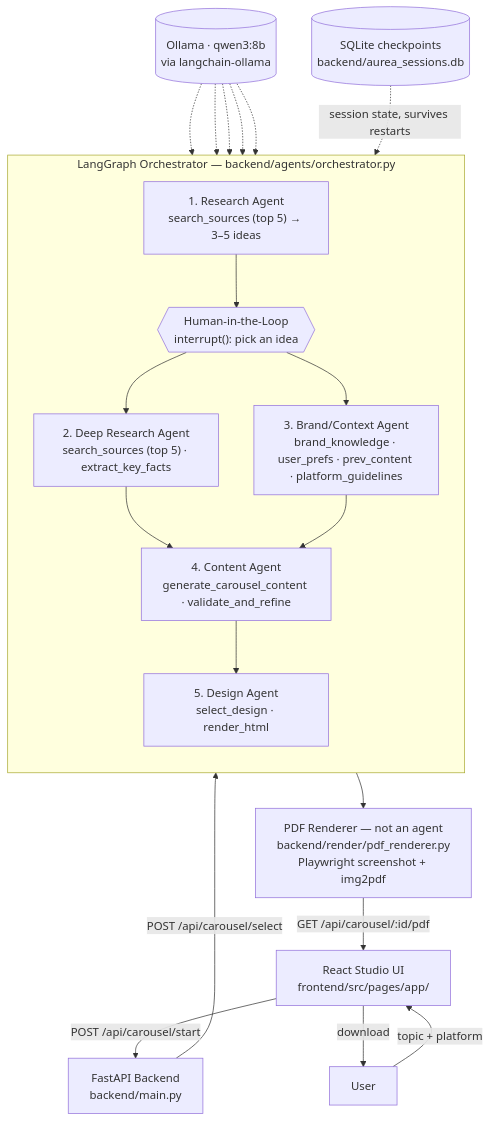
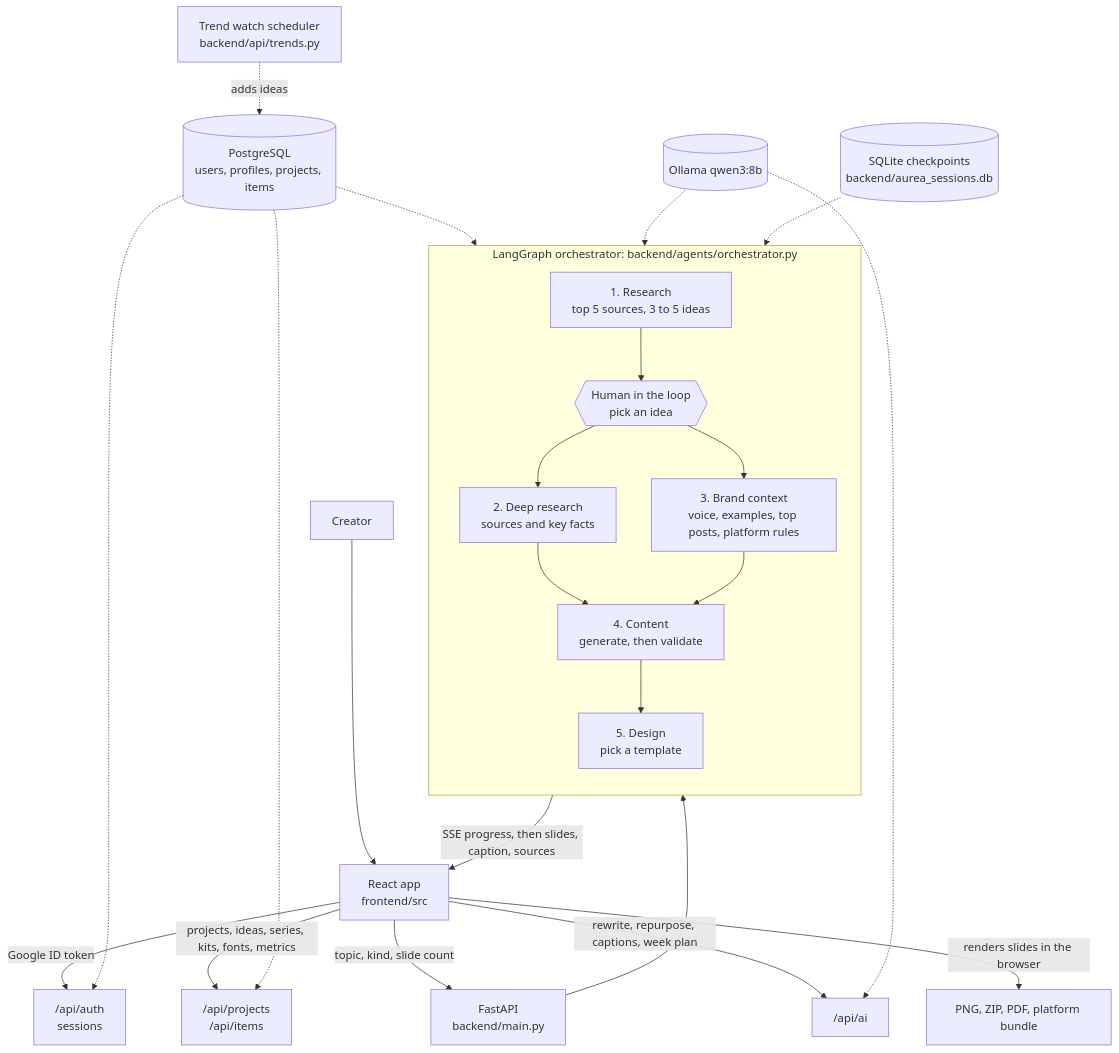
One commit to rithvikkatpelly/MAO changed the diagram in README.md. Above: the diagram before and after it, drawn with Mermaid. The commit also changed other lines of this file, not shown here.

First line of the commit message:
Update README for accounts, Postgres, and the creator toolkit

````diff
--- a/README.md
+++ b/README.md
@@ -34,30 +47,33 @@
 ```mermaid
 flowchart TD
-    U[User] -->|topic + platform| FE[React Studio UI<br/>frontend/src/pages/app/]
-    FE -->|POST /api/carousel/start| API[FastAPI Backend<br/>backend/main.py]
-    API -->|POST /api/carousel/select| ORCH
+    U[Creator] --> FE["React app<br/>frontend/src"]
+    FE -->|Google ID token| AUTH["/api/auth<br/>sessions"]
+    FE -->|topic, kind, slide count| API["FastAPI<br/>backend/main.py"]
+    FE -->|rewrite, repurpose, captions, week plan| AI["/api/ai"]
+    FE -->|projects, ideas, series, kits, fonts, metrics| DATA["/api/projects<br/>/api/items"]
 
-    subgraph ORCH[LangGraph Orchestrator — backend/agents/orchestrator.py]
+    subgraph ORCH["LangGraph orchestrator: backend/agents/orchestrator.py"]
         direction TB
-        R["1. Research Agent<br/>search_sources (top 5) → 3–5 ideas"]
-        H{{"Human-in-the-Loop<br/>interrupt(): pick an idea"}}
-        DR["2. Deep Research Agent<br/>search_sources (top 5) · extract_key_facts"]
-        BR["3. Brand/Context Agent<br/>brand_knowledge · user_prefs · prev_content · platform_guidelines"]
-        C["4. Content Agent<br/>generate_carousel_content · validate_and_refine"]
-        D["5. Design Agent<br/>select_design · render_html"]
-
+        R["1. Research<br/>top 5 sources, 3 to 5 ideas"]
+        H{{"Human in the loop<br/>pick an idea"}}
+        DR["2. Deep research<br/>sources and key facts"]
+        BR["3. Brand context<br/>voice, examples, top posts, platform rules"]
+        C["4. Content<br/>generate, then validate"]
+        D["5. Design<br/>pick a template"]
         R --> H
         H --> DR
         H --> BR
         DR --> C
         BR --> C
         C --> D
     end
 
-    D --> PDF["PDF Renderer — not an agent<br/>backend/render/pdf_renderer.py<br/>Playwright screenshot + img2pdf"]
-    PDF -->|GET /api/carousel/:id/pdf| FE
-    FE -->|download| U
+    API --> ORCH
+    ORCH -->|SSE progress, then slides, caption, sources| FE
+    FE -->|renders slides in the browser| EXPORT[PNG, ZIP, PDF, platform bundle]
 
-    LLM[("Ollama · qwen3:8b<br/>via langchain-ollama")] -.-> R & DR & BR & C & D
-    STORE[("SQLite checkpoints<br/>backend/aurea_sessions.db")] -.->|session state, survives restarts| ORCH
+    LLM[("Ollama qwen3:8b")] -.-> ORCH & AI
+    PG[("PostgreSQL<br/>users, profiles, projects, items")] -.-> AUTH & DATA & BR
+    CK[("SQLite checkpoints<br/>backend/aurea_sessions.db")] -.-> ORCH
+    TW["Trend watch scheduler<br/>backend/api/trends.py"] -.->|adds ideas| PG
 ```
````
